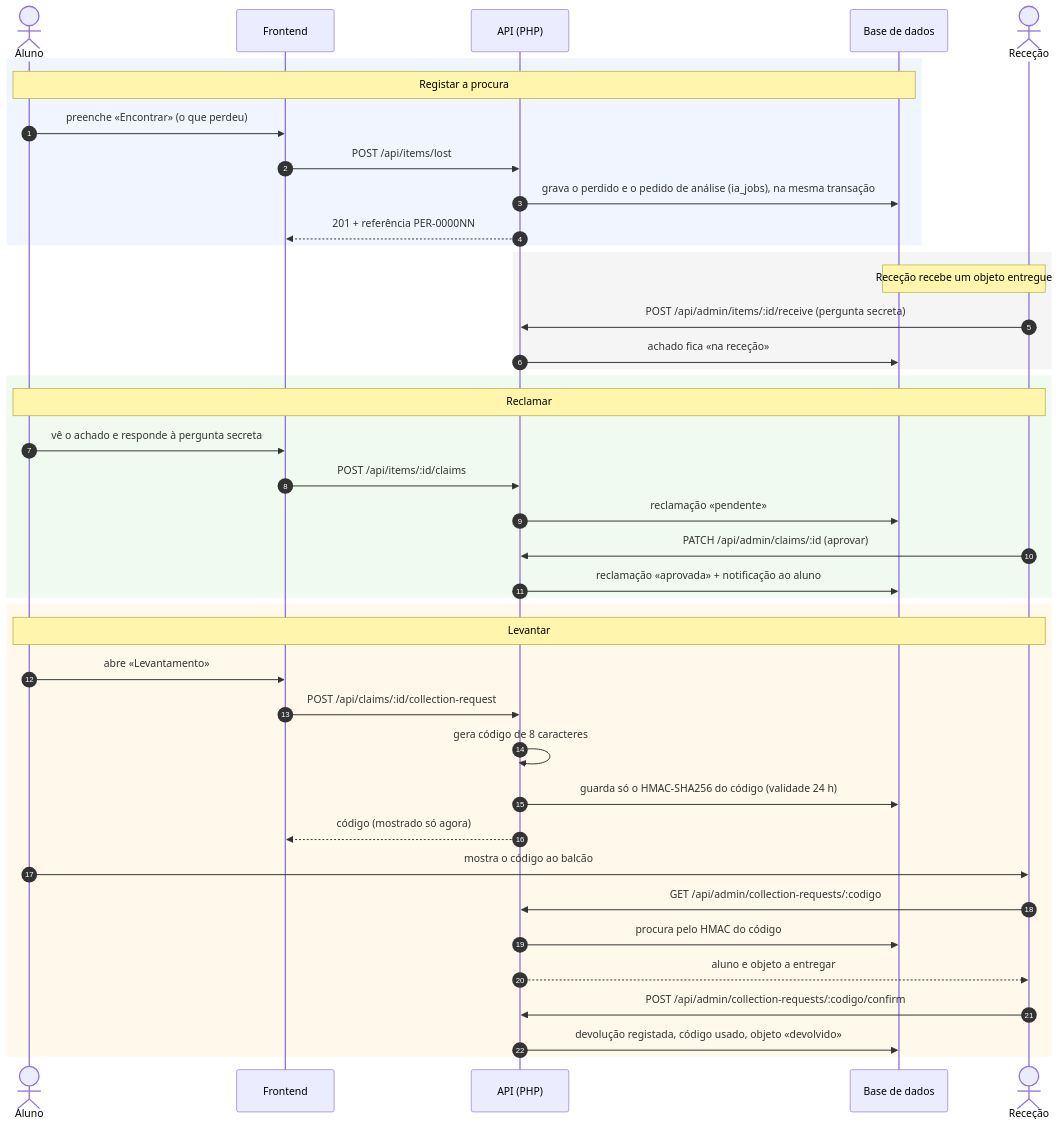
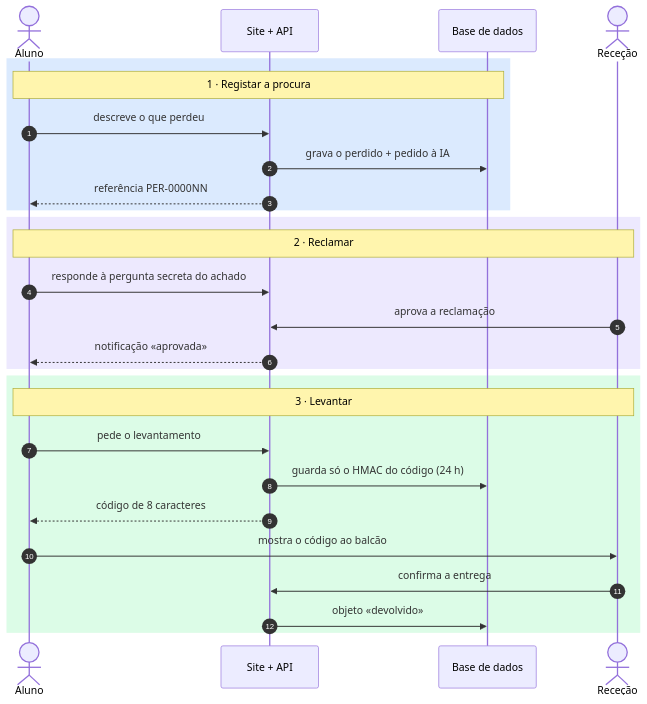
Before and after one commit to HamiltonPrado/Perdidos-e-Achados-IADE: the diagram in docs/Diagramas/03-sequencia.md, drawn with Mermaid. The commit also changed other lines of this file and 4 other files, not shown here.

Commit message:
Diagramas mais simples: menos caixas e setas, cores por camada

````diff
--- a/docs/Diagramas/03-sequencia.md
+++ b/docs/Diagramas/03-sequencia.md
@@ -6,47 +6,32 @@
 ```mermaid
 sequenceDiagram
     autonumber
     actor Aluno
-    participant FE as Frontend
-    participant API as API (PHP)
+    participant API as Site + API
     participant BD as Base de dados
     actor Rec as Receção
 
-    rect rgb(240, 245, 255)
-    Note over Aluno,BD: Registar a procura
-    Aluno->>FE: preenche «Encontrar» (o que perdeu)
-    FE->>API: POST /api/items/lost
-    API->>BD: grava o perdido e o pedido de análise (ia_jobs), na mesma transação
-    API-->>FE: 201 + referência PER-0000NN
+    rect rgb(219, 234, 254)
+    Note over Aluno,BD: 1 · Registar a procura
+    Aluno->>API: descreve o que perdeu
+    API->>BD: grava o perdido + pedido à IA
+    API-->>Aluno: referência PER-0000NN
     end
 
-    rect rgb(245, 245, 245)
-    Note over Rec,BD: Receção recebe um objeto entregue
-    Rec->>API: POST /api/admin/items/:id/receive (pergunta secreta)
-    API->>BD: achado fica «na receção»
+    rect rgb(237, 233, 254)
+    Note over Aluno,Rec: 2 · Reclamar
+    Aluno->>API: responde à pergunta secreta do achado
+    Rec->>API: aprova a reclamação
+    API-->>Aluno: notificação «aprovada»
     end
 
-    rect rgb(240, 250, 240)
-    Note over Aluno,Rec: Reclamar
-    Aluno->>FE: vê o achado e responde à pergunta secreta
-    FE->>API: POST /api/items/:id/claims
-    API->>BD: reclamação «pendente»
-    Rec->>API: PATCH /api/admin/claims/:id (aprovar)
-    API->>BD: reclamação «aprovada» + notificação ao aluno
-    end
-
-    rect rgb(255, 248, 235)
-    Note over Aluno,Rec: Levantar
-    Aluno->>FE: abre «Levantamento»
-    FE->>API: POST /api/claims/:id/collection-request
-    API->>API: gera código de 8 caracteres
-    API->>BD: guarda só o HMAC-SHA256 do código (validade 24 h)
-    API-->>FE: código (mostrado só agora)
+    rect rgb(220, 252, 231)
+    Note over Aluno,Rec: 3 · Levantar
+    Aluno->>API: pede o levantamento
+    API->>BD: guarda só o HMAC do código (24 h)
+    API-->>Aluno: código de 8 caracteres
     Aluno->>Rec: mostra o código ao balcão
-    Rec->>API: GET /api/admin/collection-requests/:codigo
-    API->>BD: procura pelo HMAC do código
-    API-->>Rec: aluno e objeto a entregar
-    Rec->>API: POST /api/admin/collection-requests/:codigo/confirm
-    API->>BD: devolução registada, código usado, objeto «devolvido»
+    Rec->>API: confirma a entrega
+    API->>BD: objeto «devolvido»
     end
 ```
````
